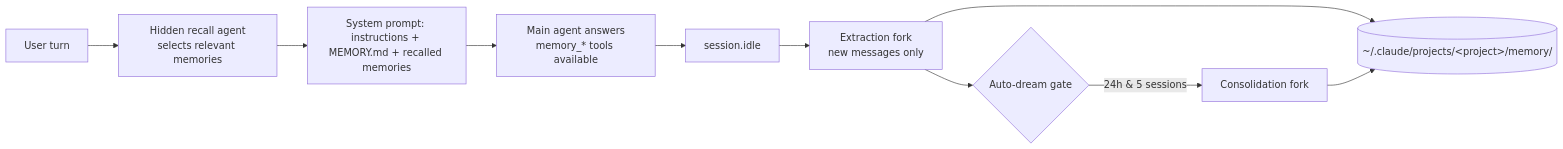
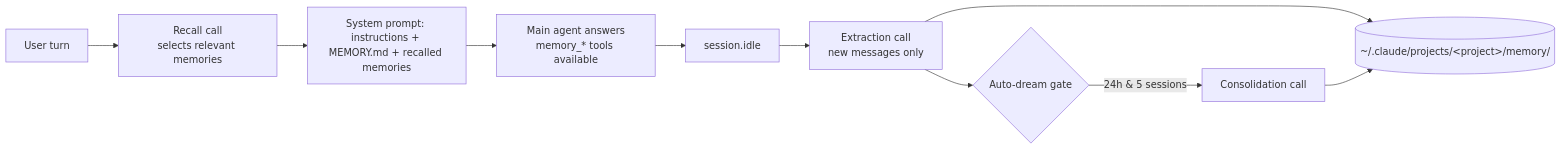
The diagram in README.md (mattcarvercom/opencode-claude-memory), drawn with Mermaid before and after one commit. The commit also changed other lines of this file and 39 other files, not shown here.

````diff
--- a/README.md
+++ b/README.md
@@ -72,12 +82,12 @@
 ```mermaid
 graph LR
-    U[User turn] --> R[Hidden recall agent<br/>selects relevant memories]
+    U[User turn] --> R[Recall call<br/>selects relevant memories]
     R --> S[System prompt: instructions + MEMORY.md + recalled memories]
     S --> A[Main agent answers<br/>memory_* tools available]
     A --> I[session.idle]
-    I --> E[Extraction fork<br/>new messages only]
+    I --> E[Extraction call<br/>new messages only]
     E --> M[(~/.claude/projects/&lt;project&gt;/memory/)]
     E --> D{Auto-dream gate}
-    D -->|24h & 5 sessions| C[Consolidation fork]
+    D -->|24h & 5 sessions| C[Consolidation call]
     C --> M
 ```
````
